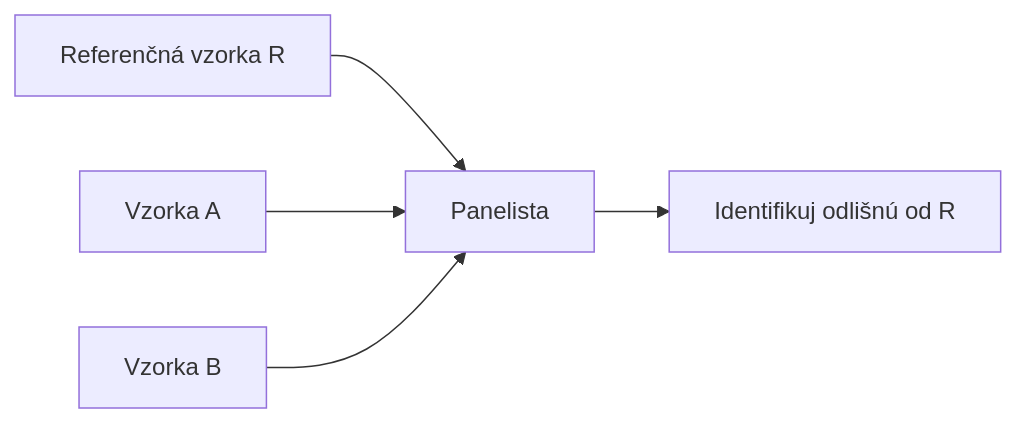
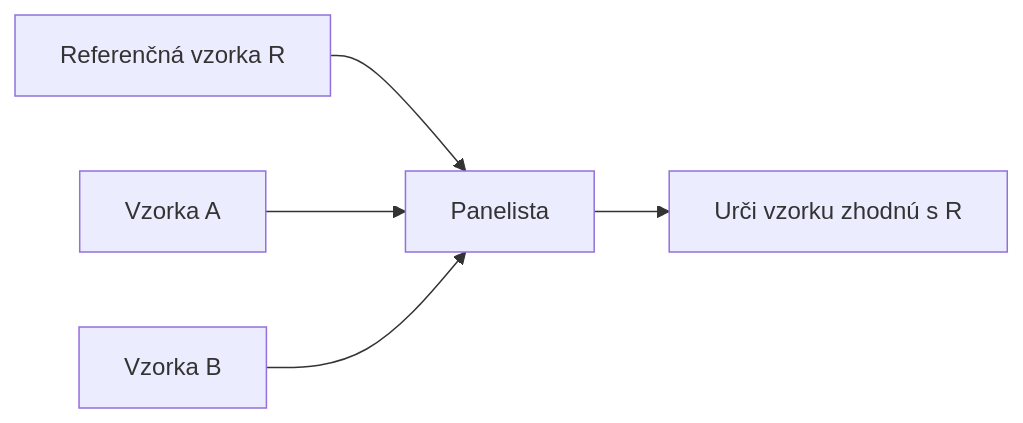
The second of 2 diagrams in prezentacie/iso_metody.qmd (senzorika/SAP), drawn with Mermaid before and after one commit. The commit also changed other lines of this file and 36 other files, not shown here.

````diff
--- a/prezentacie/iso_metody.qmd
+++ b/prezentacie/iso_metody.qmd
@@ -66,7 +69,7 @@
 ```mermaid
 graph LR
     R[Referenčná vzorka R] --> P[Panelista]
     A[Vzorka A] --> P
     B[Vzorka B] --> P
-    P --> I[Identifikuj odlišnú od R]
+    P --> I[Urči vzorku zhodnú s R]
 ```
````
